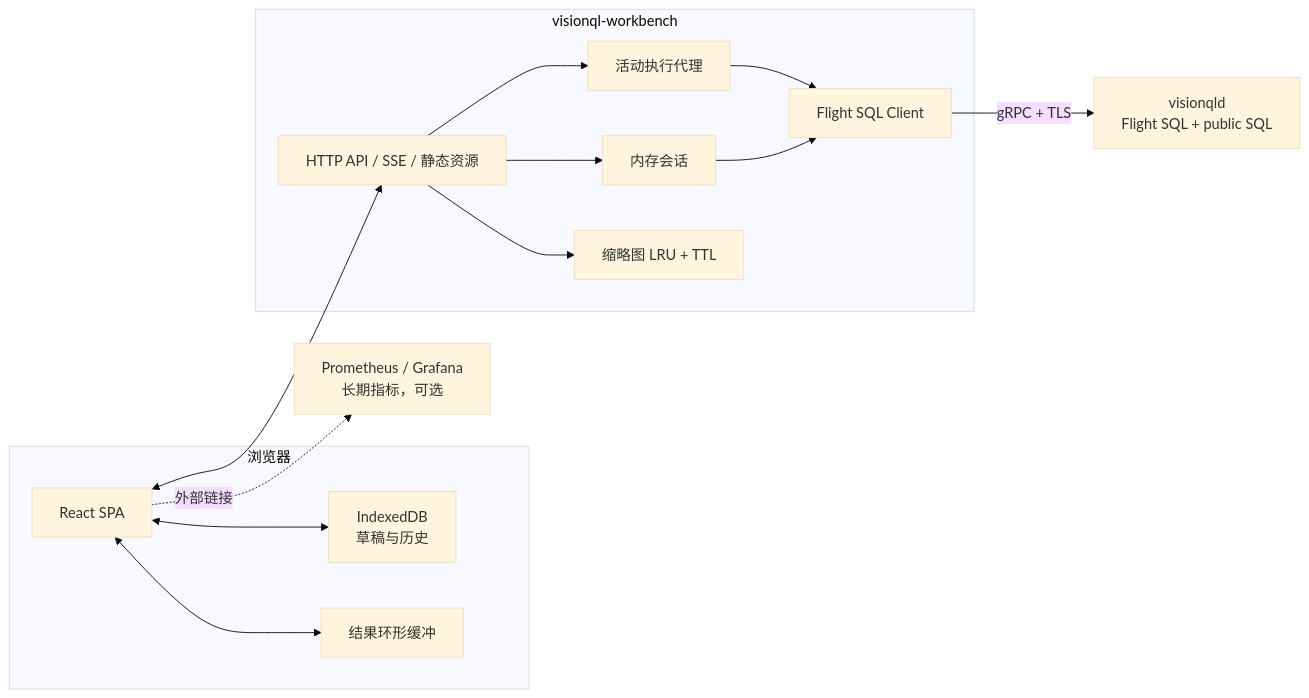
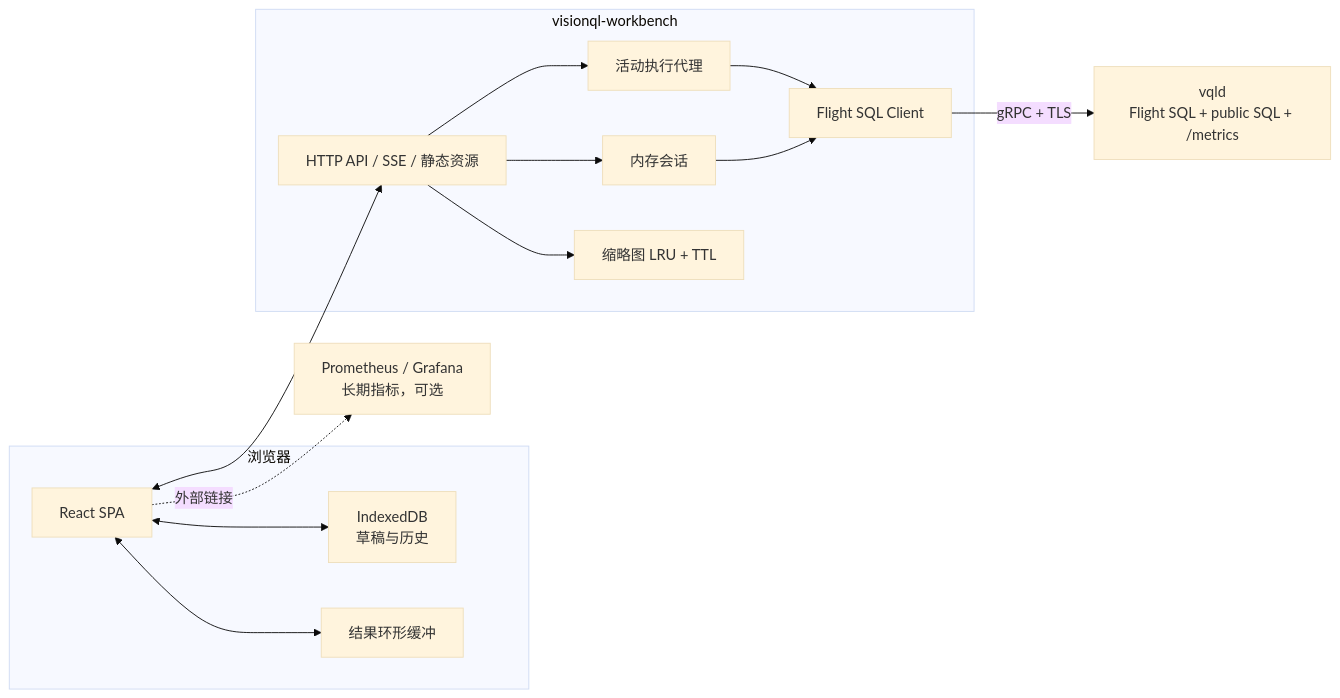
Before and after one commit to zhenlohuang/visionql: the first of 2 diagrams in docs/workbench.md, drawn with Mermaid (base theme). The commit also changed other lines of this file and 4 other files, not shown here.

````diff
--- a/docs/workbench.md
+++ b/docs/workbench.md
@@ -117,28 +107,28 @@
 ```mermaid
 flowchart LR
     subgraph BROWSER[浏览器]
         SPA[React SPA]
         LOCAL[IndexedDB<br/>草稿与历史]
         RING[结果环形缓冲]
     end
 
     subgraph BFF[visionql-workbench]
         HTTP[HTTP API / SSE / 静态资源]
         SESSION[内存会话]
         EXEC[活动执行代理]
         BLOBS[缩略图 LRU + TTL]
         FSQL[Flight SQL Client]
     end
 
-    ENGINE[visionqld<br/>Flight SQL + public SQL]
+    ENGINE[vqld<br/>Flight SQL + public SQL + /metrics]
     PROM[Prometheus / Grafana<br/>长期指标，可选]
 
     SPA <--> HTTP
     SPA <--> LOCAL
     SPA <--> RING
     HTTP --> SESSION & EXEC & BLOBS
     EXEC --> FSQL
     SESSION --> FSQL
     FSQL -->|gRPC + TLS| ENGINE
     SPA -. 外部链接 .-> PROM
 ```
````
